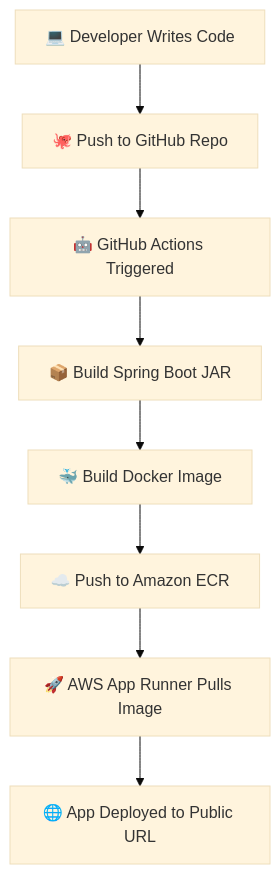
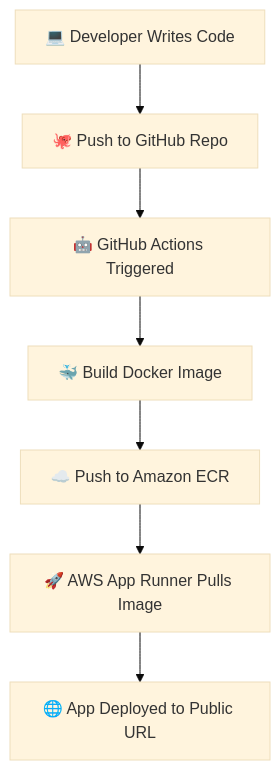
One commit to moshclouds/springboot-app-runner changed the diagram in README.md. Above: the diagram before and after it, drawn with Mermaid (base theme).

Commit message:
mod:ReadmeArchiFlow

````diff
--- a/README.md
+++ b/README.md
@@ -32,10 +32,9 @@
 ```mermaid
 graph TD
   A[💻 Developer Writes Code] --> B[🐙 Push to GitHub Repo]
   B --> C[🤖 GitHub Actions Triggered]
-  C --> D[📦 Build Spring Boot JAR]
-  D --> E[🐳 Build Docker Image]
-  E --> F[☁️ Push to Amazon ECR]
-  F --> G[🚀 AWS App Runner Pulls Image]
-  G --> H[🌐 App Deployed to Public URL]
+  C --> D[🐳 Build Docker Image]
+  D --> E[☁️ Push to Amazon ECR]
+  E --> F[🚀 AWS App Runner Pulls Image]
+  F --> G[🌐 App Deployed to Public URL]
 ```
````
